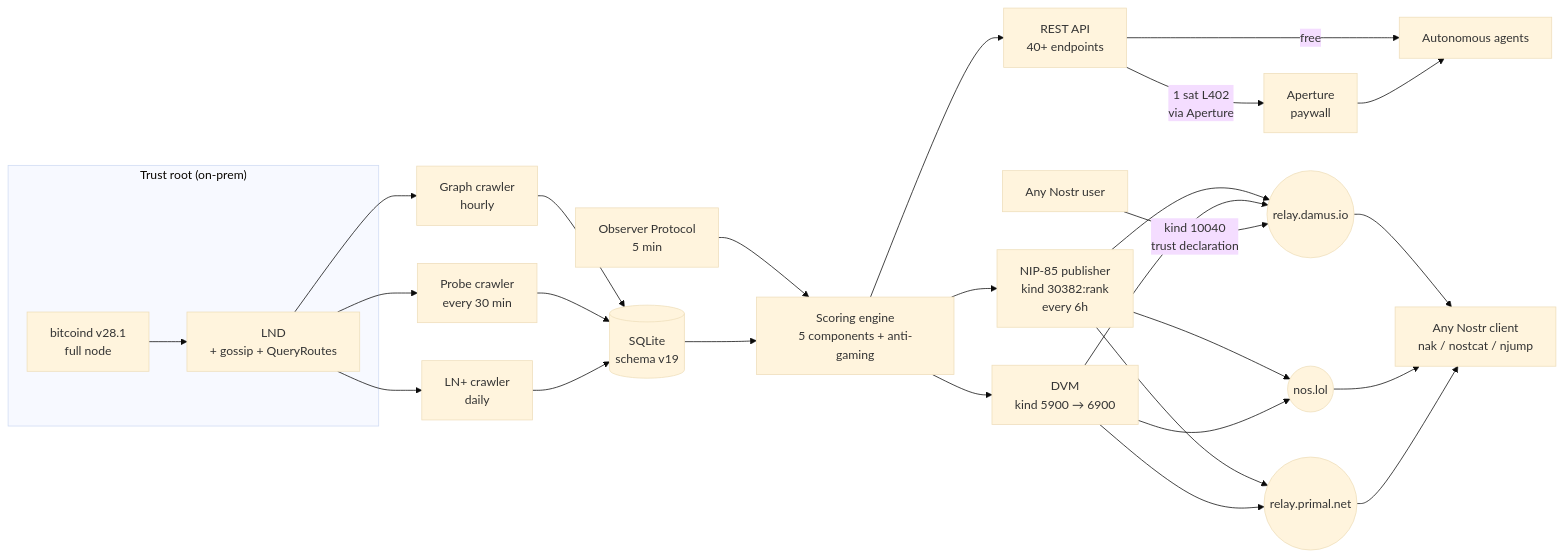
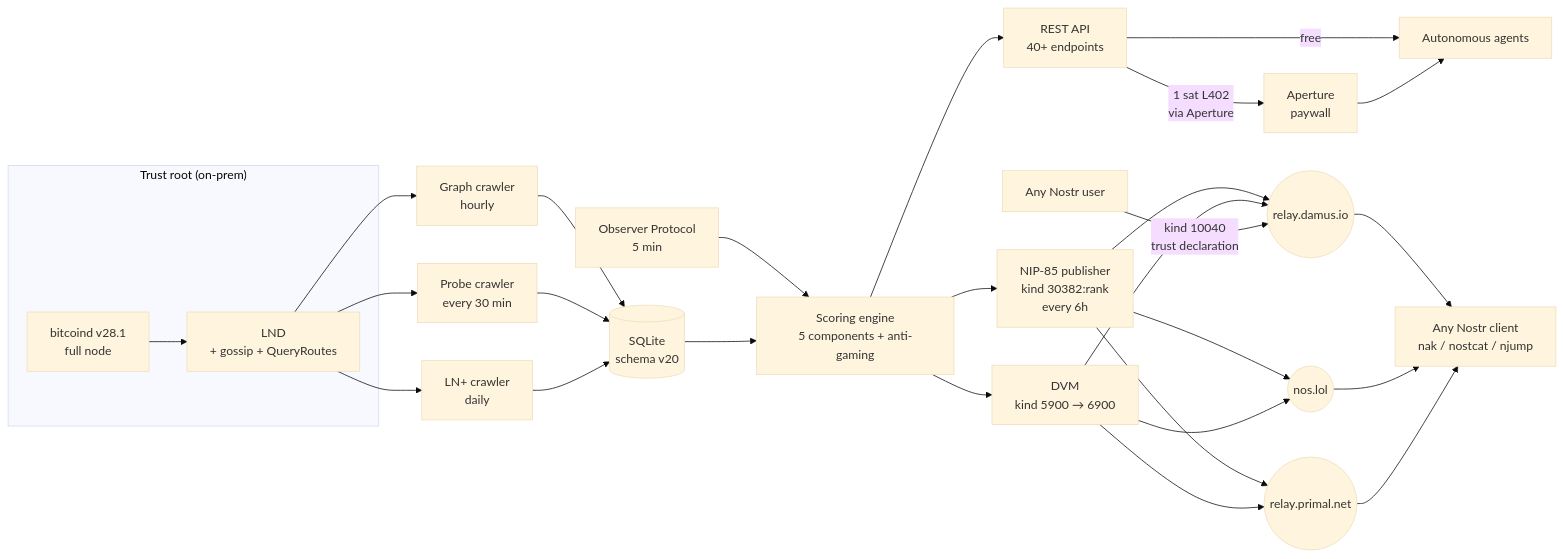
Before and after one commit to proofoftrust21/satrank: the diagram in README.md, drawn with Mermaid (base theme). The commit also changed other lines of this file and 7 other files, not shown here.

````diff
--- a/README.md
+++ b/README.md
@@ -62,38 +70,38 @@
 ```mermaid
 flowchart LR
   subgraph Trust_Root["Trust root (on-prem)"]
     BTC[bitcoind v28.1<br/>full node]
     LND[LND<br/>+ gossip + QueryRoutes]
   end
 
   BTC --> LND
   LND --> GC[Graph crawler<br/>hourly]
   LND --> PC[Probe crawler<br/>every 30 min]
   LND --> LP[LN+ crawler<br/>daily]
   OBS[Observer Protocol<br/>5 min] --> SE
 
-  GC --> DB[(SQLite<br/>schema v19)]
+  GC --> DB[(SQLite<br/>schema v20)]
   PC --> DB
   LP --> DB
 
   DB --> SE[Scoring engine<br/>5 components + anti-gaming]
   SE --> API[REST API<br/>40+ endpoints]
   SE --> NP[NIP-85 publisher<br/>kind 30382:rank<br/>every 6h]
   SE --> DVM[DVM<br/>kind 5900 → 6900]
 
   NP --> R1((relay.damus.io))
   NP --> R2((nos.lol))
   NP --> R3((relay.primal.net))
   DVM --> R1
   DVM --> R2
   DVM --> R3
 
   API -->|free| Agents
   API -->|1 sat L402<br/>via Aperture| L402[Aperture<br/>paywall]
   L402 --> Agents[Autonomous agents]
   R1 --> Clients[Any Nostr client<br/>nak / nostcat / njump]
   R2 --> Clients
   R3 --> Clients
 
   User[Any Nostr user] -->|kind 10040<br/>trust declaration| R1
 ```
````
